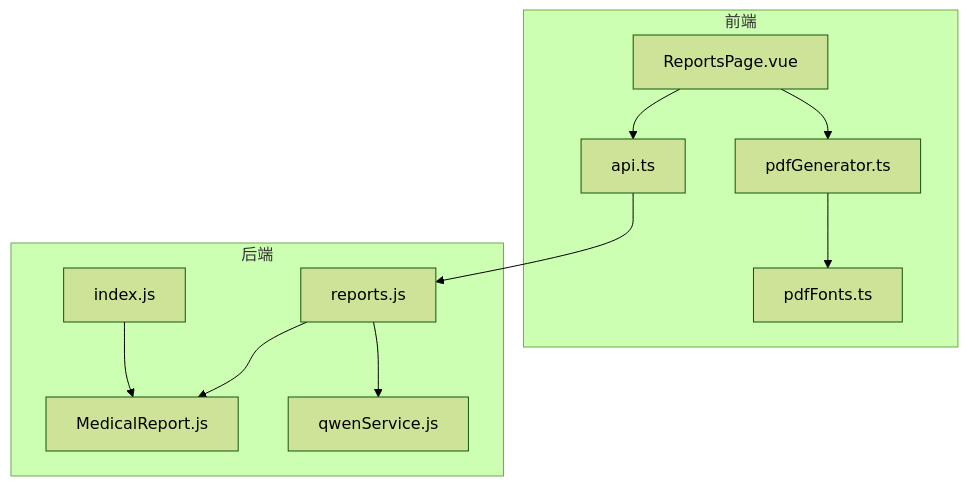
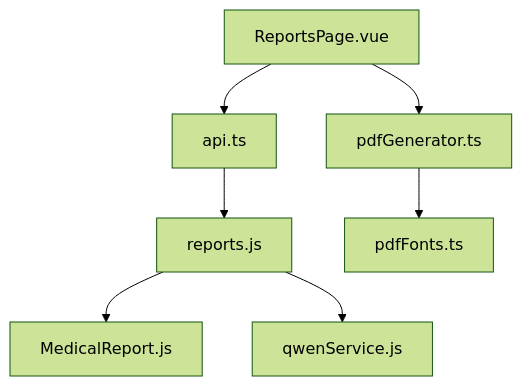
The first of 7 diagrams in wiki/后端架构/API端点参考/报告管理API/PDF报告生成说明.md (xingranya/CervixDetectAI), drawn with Mermaid (forest theme) before and after one commit. The commit also changed other lines of this file and 35 other files, not shown here.

First line of the commit message:
docs(readme): 优化并统一项目文档中的流程图与说明

````diff
--- a/wiki/后端架构/API端点参考/报告管理API/PDF报告生成说明.md
+++ b/wiki/后端架构/API端点参考/报告管理API/PDF报告生成说明.md
@@ -48,22 +48,9 @@
 ```mermaid
-graph TB
-subgraph "前端"
-RP["ReportsPage.vue"]
-PG["pdfGenerator.ts"]
-PF["pdfFonts.ts"]
-API["api.ts"]
-end
-subgraph "后端"
-R["reports.js"]
-MR["MedicalReport.js"]
-IDX["index.js"]
-QW["qwenService.js"]
-end
-RP --> API
-API --> R
-R --> MR
-R --> QW
-RP --> PG
-PG --> PF
-IDX --> MR
+flowchart TB
+RP["ReportsPage.vue"] --> API["api.ts"]
+API --> R["reports.js"]
+R --> MR["MedicalReport.js"]
+R --> QW["qwenService.js"]
+RP --> PG["pdfGenerator.ts"]
+PG --> PF["pdfFonts.ts"]
 ```
````
